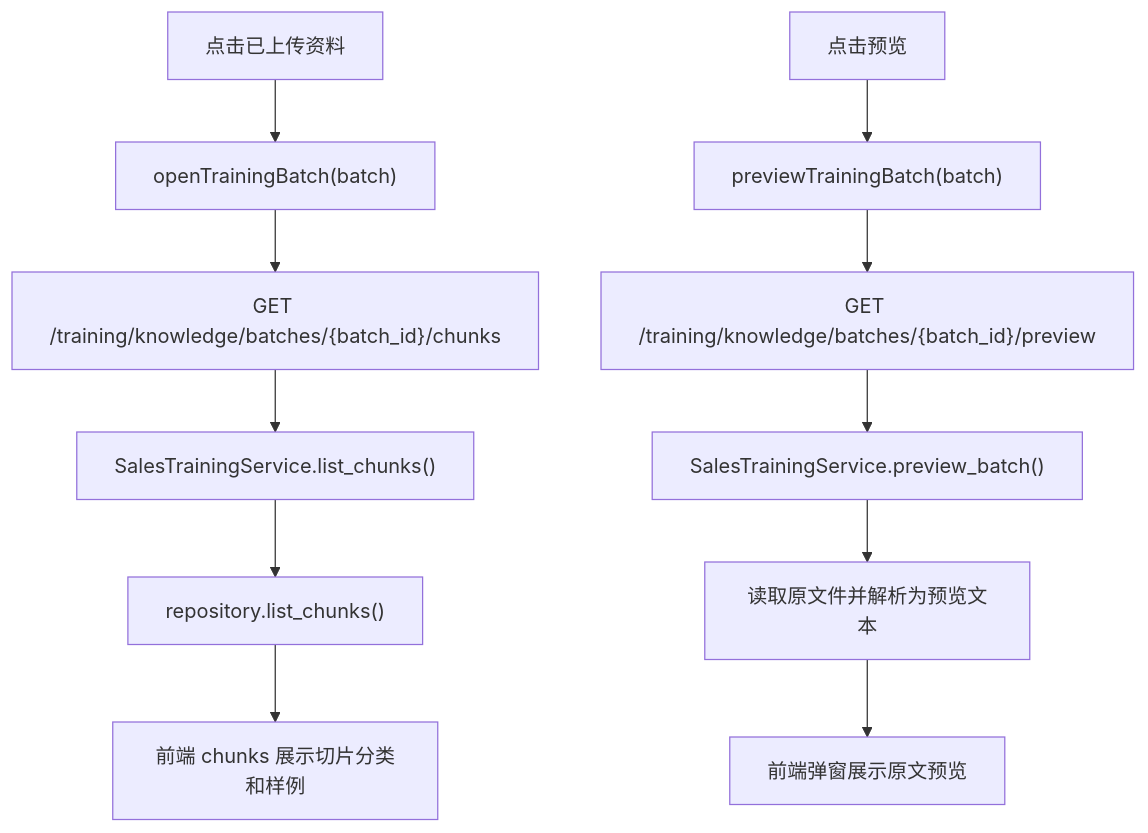
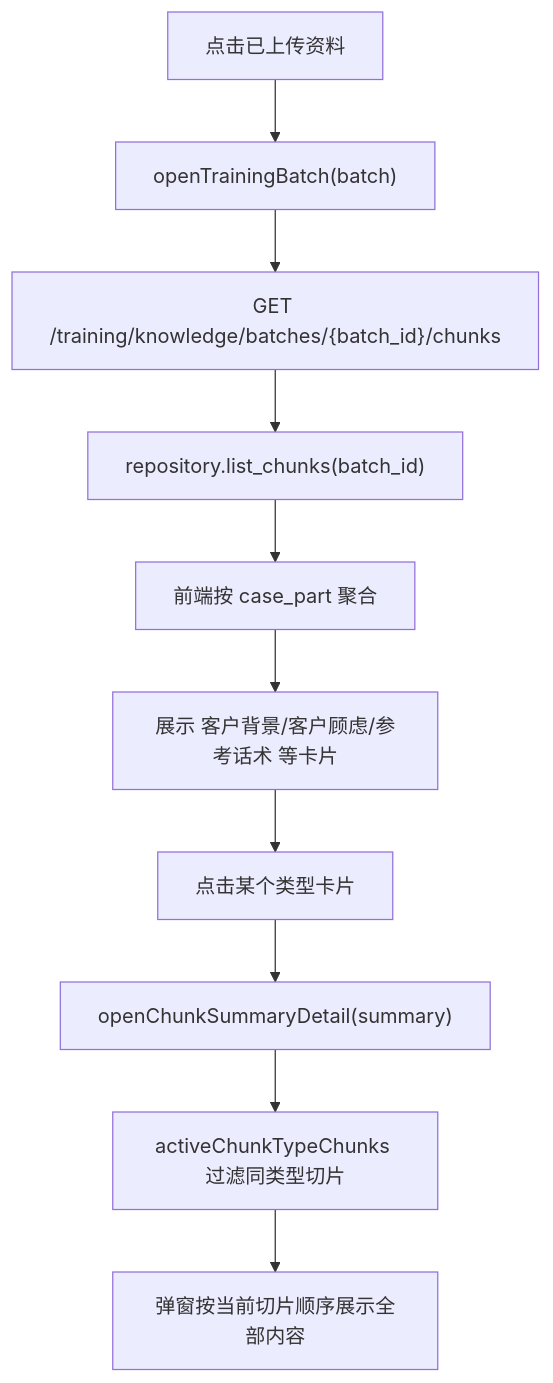
Before and after one commit to chen-liang-22/AI_RAG_Agent_Frontend: the fourth of 5 diagrams in docs/销售训练资料管理上传文件流程.md, drawn with Mermaid. The commit also changed other lines of this file and 2 other files, not shown here.

````diff
--- a/docs/销售训练资料管理上传文件流程.md
+++ b/docs/销售训练资料管理上传文件流程.md
@@ -199,14 +136,12 @@
 ```mermaid
 flowchart TD
     A["点击已上传资料"] --> B["openTrainingBatch(batch)"]
     B --> C["GET /training/knowledge/batches/{batch_id}/chunks"]
-    C --> D["SalesTrainingService.list_chunks()"]
-    D --> E["repository.list_chunks()"]
-    E --> F["前端 chunks 展示切片分类和样例"]
-
-    G["点击预览"] --> H["previewTrainingBatch(batch)"]
-    H --> I["GET /training/knowledge/batches/{batch_id}/preview"]
-    I --> J["SalesTrainingService.preview_batch()"]
-    J --> K["读取原文件并解析为预览文本"]
-    K --> L["前端弹窗展示原文预览"]
+    C --> D["repository.list_chunks(batch_id)"]
+    D --> E["前端按 case_part 聚合"]
+    E --> F["展示 客户背景/客户顾虑/参考话术 等卡片"]
+    F --> G["点击某个类型卡片"]
+    G --> H["openChunkSummaryDetail(summary)"]
+    H --> I["activeChunkTypeChunks 过滤同类型切片"]
+    I --> J["弹窗按当前切片顺序展示全部内容"]
 ```
````
